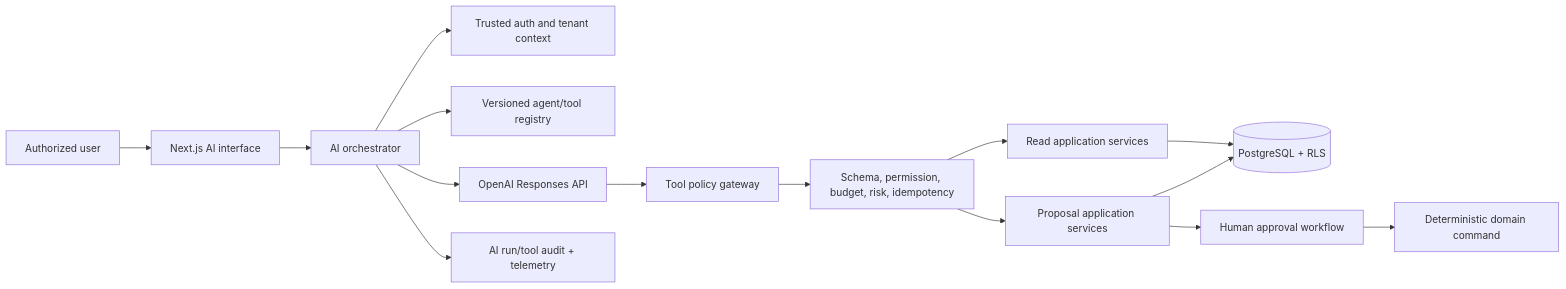
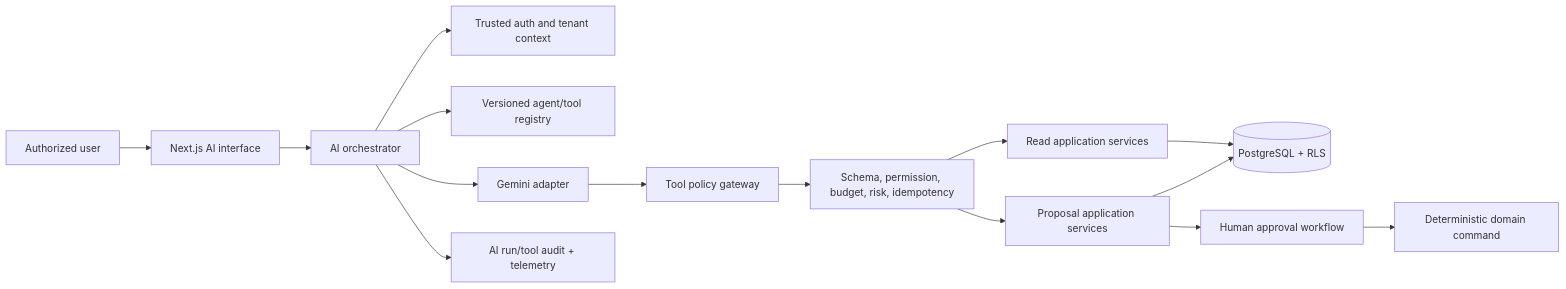
The first of 2 diagrams in docs/AI_AGENTS.md (Mina-Sayed/voya-os), drawn with Mermaid before and after one commit. The commit also changed other lines of this file and 25 other files, not shown here.

````diff
--- a/docs/AI_AGENTS.md
+++ b/docs/AI_AGENTS.md
@@ -38,17 +38,17 @@
 ```mermaid
 flowchart LR
   User[Authorized user] --> UI[Next.js AI interface]
   UI --> Orchestrator[AI orchestrator]
   Orchestrator --> Context[Trusted auth and tenant context]
   Orchestrator --> Registry[Versioned agent/tool registry]
-  Orchestrator --> Model[OpenAI Responses API]
+  Orchestrator --> Model[Gemini adapter]
   Model --> Gateway[Tool policy gateway]
   Gateway --> Validator[Schema, permission, budget, risk, idempotency]
   Validator --> Queries[Read application services]
   Validator --> Proposals[Proposal application services]
   Queries --> DB[(PostgreSQL + RLS)]
   Proposals --> DB
   Orchestrator --> Audit[AI run/tool audit + telemetry]
   Proposals --> Approval[Human approval workflow]
   Approval --> Command[Deterministic domain command]
 ```
````
